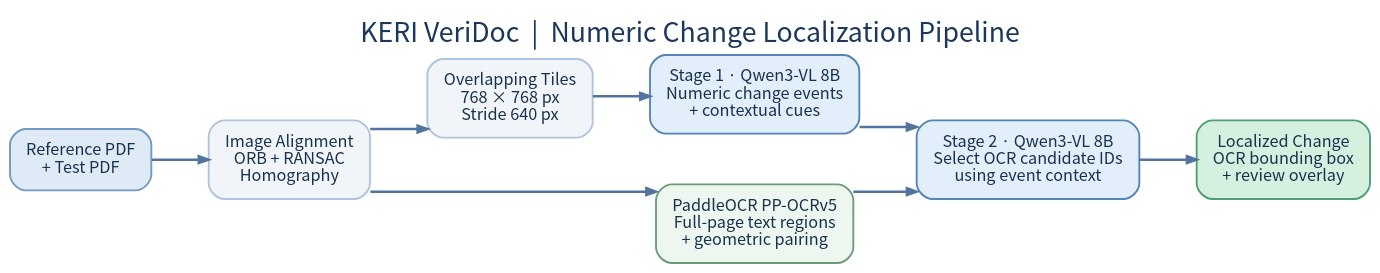
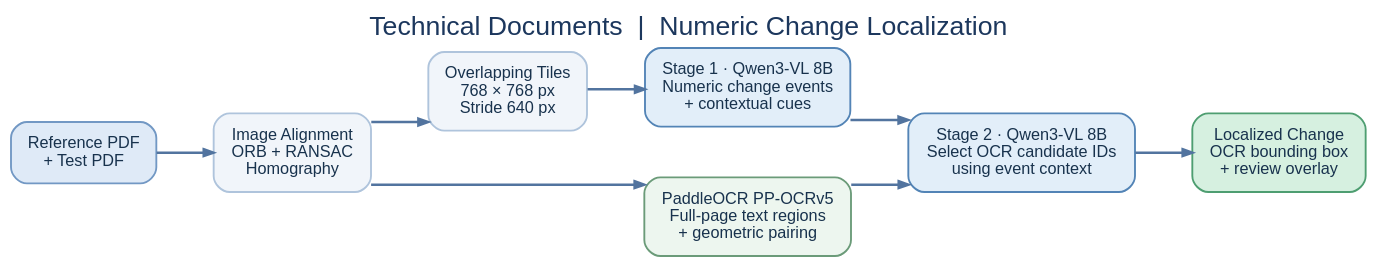
One commit to DK3693/KSMA_Paper changed the diagram in assets/architecture.dot. Above: the diagram before and after it, drawn with Graphviz. The commit also changed 9 other files, not shown here.

Commit message:
Use technical-document terminology across research documentation and diagrams

```diff
--- a/assets/architecture.dot
+++ b/assets/architecture.dot
@@ -1,14 +1,14 @@
-digraph KERI {
-  graph [bgcolor="transparent", rankdir=LR, splines=ortho, nodesep=0.53, ranksep=0.60, pad=0.25, fontname="Noto Sans CJK KR", labelloc=t, label="KERI VeriDoc  |  Numeric Change Localization Pipeline", fontsize=20, fontcolor="#1c375d"];
-  node [shape=box, style="rounded,filled", fillcolor="#F1F5FA", color="#AFC4DC", penwidth=1.4, fontname="Noto Sans CJK KR", fontsize=12.2, fontcolor="#18324D", margin="0.17,0.14"];
+digraph TechnicalDocuments {
+  graph [bgcolor="transparent", rankdir=LR, splines=ortho, nodesep=0.53, ranksep=0.60, pad=0.25, fontname="Arial", labelloc=t, label="Technical Documents  |  Numeric Change Localization", fontsize=20, fontcolor="#1c375d"];
+  node [shape=box, style="rounded,filled", fillcolor="#F1F5FA", color="#AFC4DC", penwidth=1.4, fontname="Arial", fontsize=12.2, fontcolor="#18324D", margin="0.17,0.14"];
   edge [color="#52749F", penwidth=1.9, arrowsize=0.72];
   inputs [label="Reference PDF\n+ Test PDF", fillcolor="#DFEAF7", color="#7298C4"];
   align [label="Image Alignment\nORB + RANSAC\nHomography"];
   tile [label="Overlapping Tiles\n768 × 768 px\nStride 640 px"];
   stage1 [label="Stage 1 · Qwen3-VL 8B\nNumeric change events\n+ contextual cues", fillcolor="#E2EEF9", color="#5384B6"];
   ocr [label="PaddleOCR PP-OCRv5\nFull-page text regions\n+ geometric pairing", fillcolor="#EDF6EF", color="#6B9B79"];
   stage2 [label="Stage 2 · Qwen3-VL 8B\nSelect OCR candidate IDs\nusing event context", fillcolor="#E2EEF9", color="#5384B6"];
   bbox [label="Localized Change\nOCR bounding box\n+ review overlay", fillcolor="#D6F0E0", color="#4E9E71"];
   inputs -> align -> tile -> stage1 -> stage2 -> bbox;
   align -> ocr -> stage2;
 }
```
